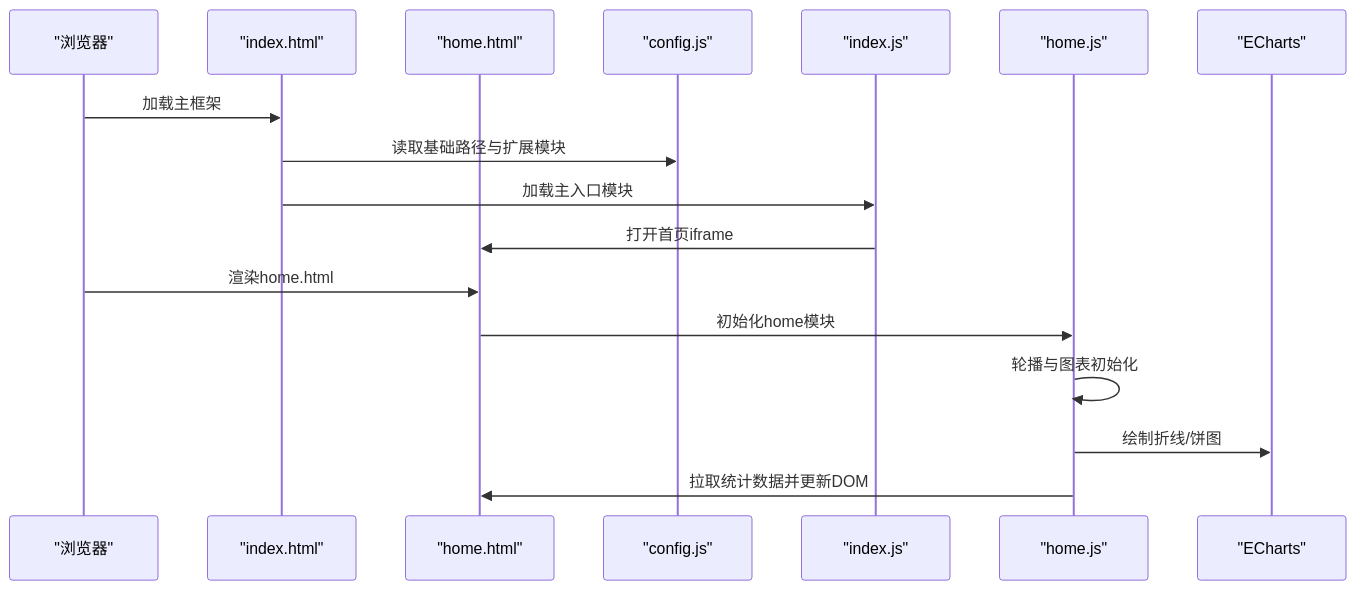
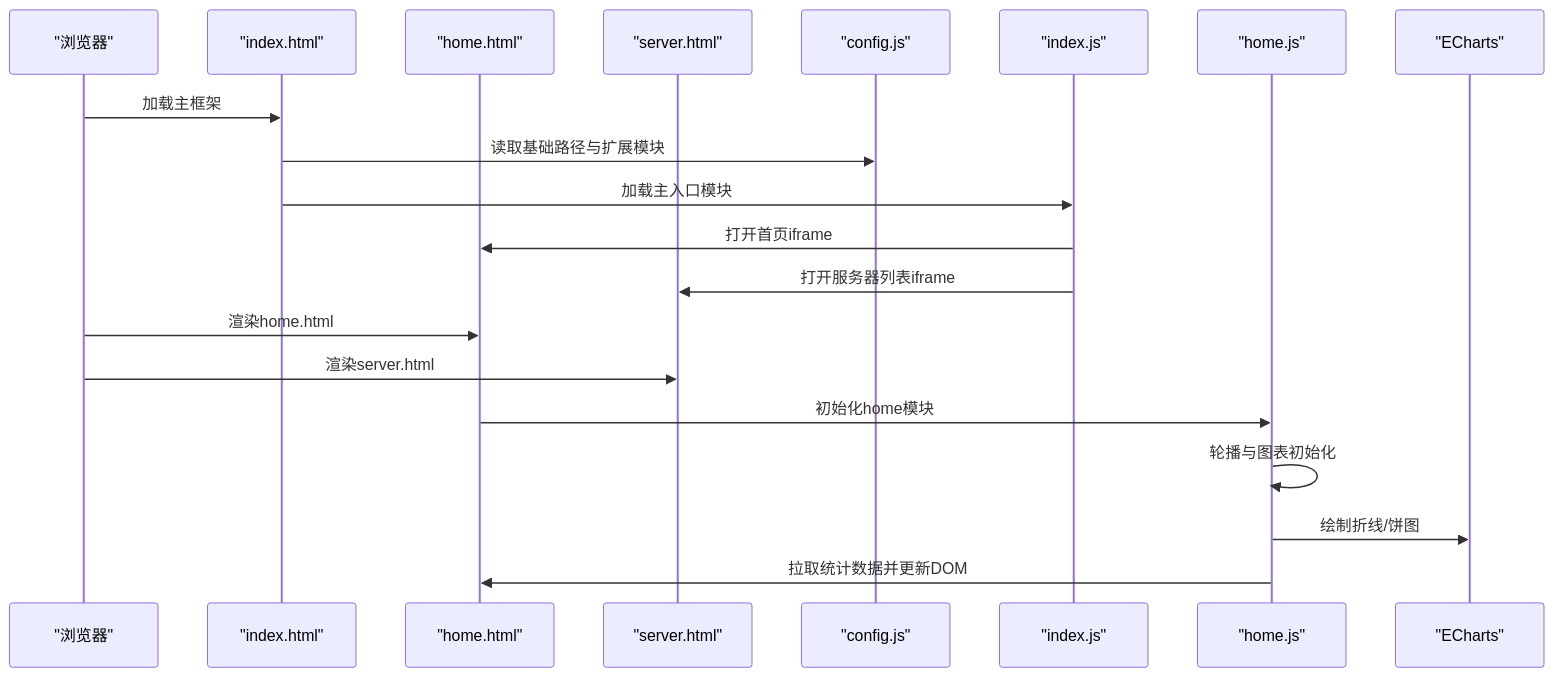
One commit to 709343767/phoenix changed the second of 8 diagrams in .qoder/repowiki/zh/content/监控UI端模块/模板页面与前端资源.md. Above: the diagram before and after it, drawn with Mermaid. The commit also changed other lines of this file and 7 other files, not shown here.

````diff
--- a/.qoder/repowiki/zh/content/监控UI端模块/模板页面与前端资源.md
+++ b/.qoder/repowiki/zh/content/监控UI端模块/模板页面与前端资源.md
@@ -101,19 +111,22 @@
 ```mermaid
 sequenceDiagram
 participant Browser as "浏览器"
 participant IndexTpl as "index.html"
 participant HomeTpl as "home.html"
+participant ServerTpl as "server.html"
 participant LayuiCfg as "config.js"
 participant LayuiIdx as "index.js"
 participant HomeMod as "home.js"
 participant ECharts as "ECharts"
 Browser->>IndexTpl : 加载主框架
 IndexTpl->>LayuiCfg : 读取基础路径与扩展模块
 IndexTpl->>LayuiIdx : 加载主入口模块
 LayuiIdx->>HomeTpl : 打开首页iframe
+LayuiIdx->>ServerTpl : 打开服务器列表iframe
 Browser->>HomeTpl : 渲染home.html
+Browser->>ServerTpl : 渲染server.html
 HomeTpl->>HomeMod : 初始化home模块
 HomeMod->>HomeMod : 轮播与图表初始化
 HomeMod->>ECharts : 绘制折线/饼图
 HomeMod->>HomeTpl : 拉取统计数据并更新DOM
 ```
````
